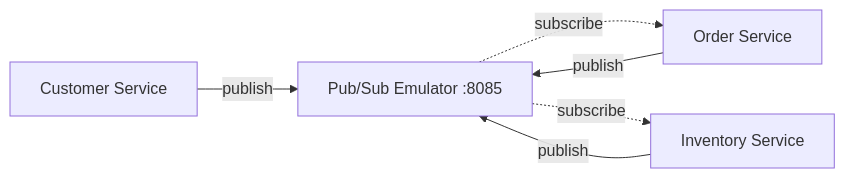
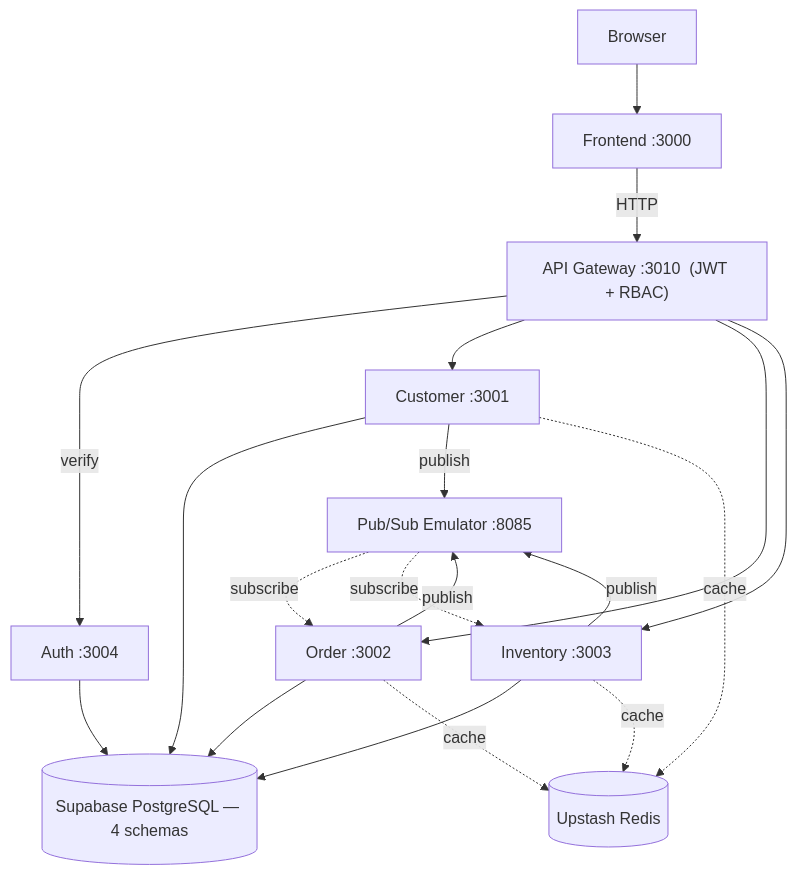
The first of 5 diagrams in docs/architecture/system-overview.md (ndmthuan97/ERP-Prototype-Example), drawn with Mermaid before and after one commit. The commit also changed other lines of this file, not shown here.

Commit message:
docs: merge into single clean architecture diagram, renumber sections

````diff
--- a/docs/architecture/system-overview.md
+++ b/docs/architecture/system-overview.md
@@ -71,14 +10,39 @@
 ```mermaid
-flowchart LR
-    Customer["Customer Service"]
-    Order["Order Service"]
-    Inventory["Inventory Service"]
-    PubSub["Pub/Sub Emulator :8085"]
+flowchart TB
+    Browser["Browser"]
+    FE["Frontend :3000"]
+    GW["API Gateway :3010  (JWT + RBAC)"]
 
-    Customer -- "publish" --> PubSub
-    Order -- "publish" --> PubSub
-    Inventory -- "publish" --> PubSub
+    Auth["Auth :3004"]
+    Cust["Customer :3001"]
+    Ord["Order :3002"]
+    Inv["Inventory :3003"]
 
-    PubSub -. "subscribe" .-> Order
-    PubSub -. "subscribe" .-> Inventory
+    DB[("Supabase PostgreSQL — 4 schemas")]
+    PS["Pub/Sub Emulator :8085"]
+    RD[("Upstash Redis")]
+
+    Browser --> FE
+    FE -- "HTTP" --> GW
+
+    GW -- "verify" --> Auth
+    GW --> Cust
+    GW --> Ord
+    GW --> Inv
+
+    Auth --> DB
+    Cust --> DB
+    Ord --> DB
+    Inv --> DB
+
+    Cust -- "publish" --> PS
+    Ord -- "publish" --> PS
+    Inv -- "publish" --> PS
+
+    PS -. "subscribe" .-> Ord
+    PS -. "subscribe" .-> Inv
+
+    Cust -. "cache" .-> RD
+    Ord -. "cache" .-> RD
+    Inv -. "cache" .-> RD
 ```
````
